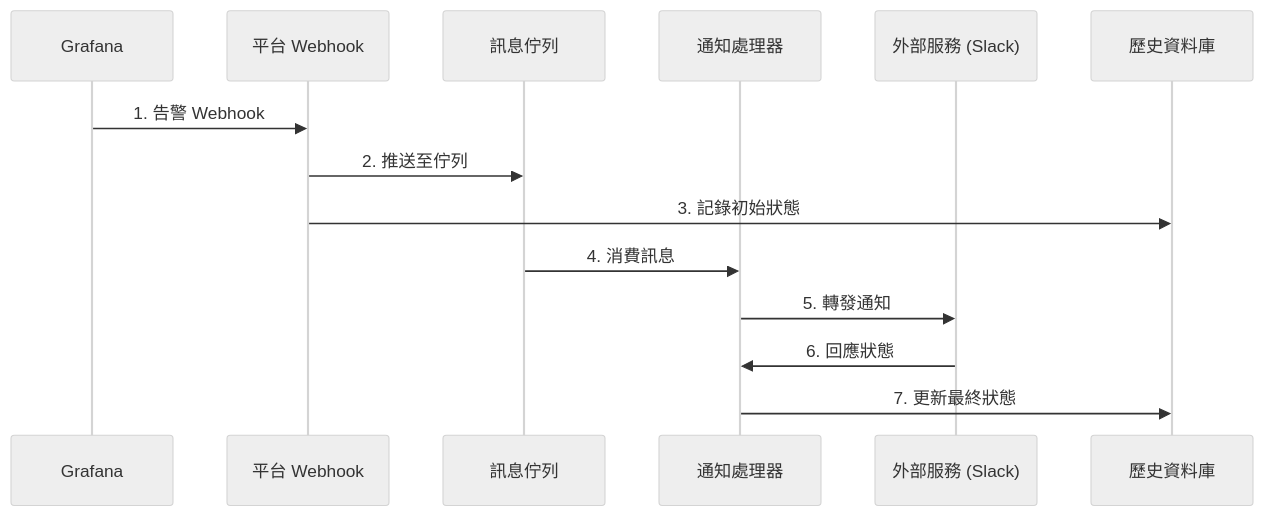
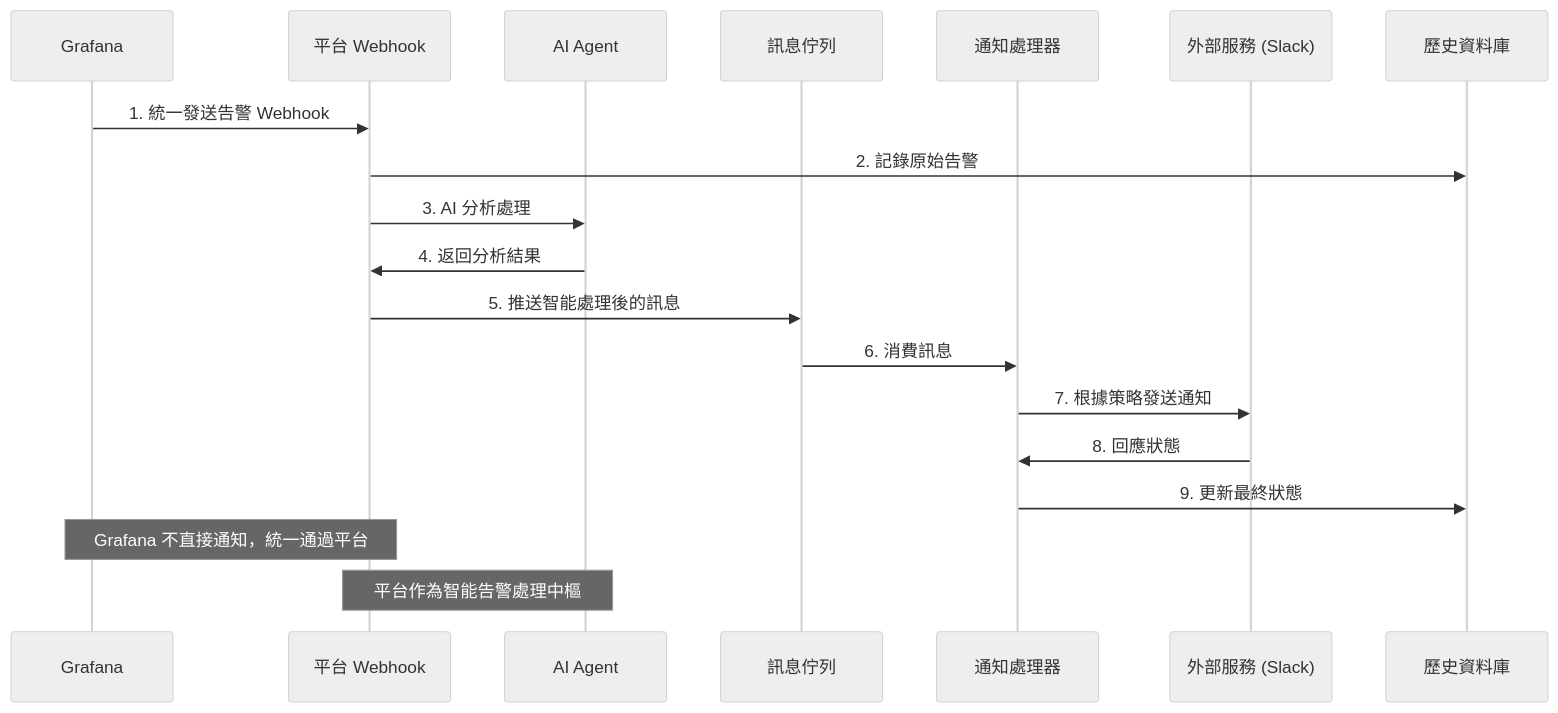
The fifth of 7 diagrams in architecture.md (detectviz/sre-platform), drawn with Mermaid (neutral theme) before and after one commit. The commit also changed other lines of this file and 31 other files, not shown here.

````diff
--- a/architecture.md
+++ b/architecture.md
@@ -262,17 +265,23 @@
 ```mermaid
 sequenceDiagram
     participant G as Grafana
     participant P as 平台 Webhook
+    participant AI as AI Agent
     participant Q as 訊息佇列
     participant N as 通知處理器
     participant E as 外部服務 (Slack)
     participant DB as 歷史資料庫
 
-    G->>P: 1. 告警 Webhook
-    P->>Q: 2. 推送至佇列
-    P->>DB: 3. 記錄初始狀態
-    Q->>N: 4. 消費訊息
-    N->>E: 5. 轉發通知
-    E->>N: 6. 回應狀態
-    N->>DB: 7. 更新最終狀態
+    G->>P: 1. 統一發送告警 Webhook
+    P->>DB: 2. 記錄原始告警
+    P->>AI: 3. AI 分析處理
+    AI->>P: 4. 返回分析結果
+    P->>Q: 5. 推送智能處理後的訊息
+    Q->>N: 6. 消費訊息
+    N->>E: 7. 根據策略發送通知
+    E->>N: 8. 回應狀態
+    N->>DB: 9. 更新最終狀態
+
+    Note over G,P: Grafana 不直接通知，統一通過平台
+    Note over P,AI: 平台作為智能告警處理中樞
 ```
````
